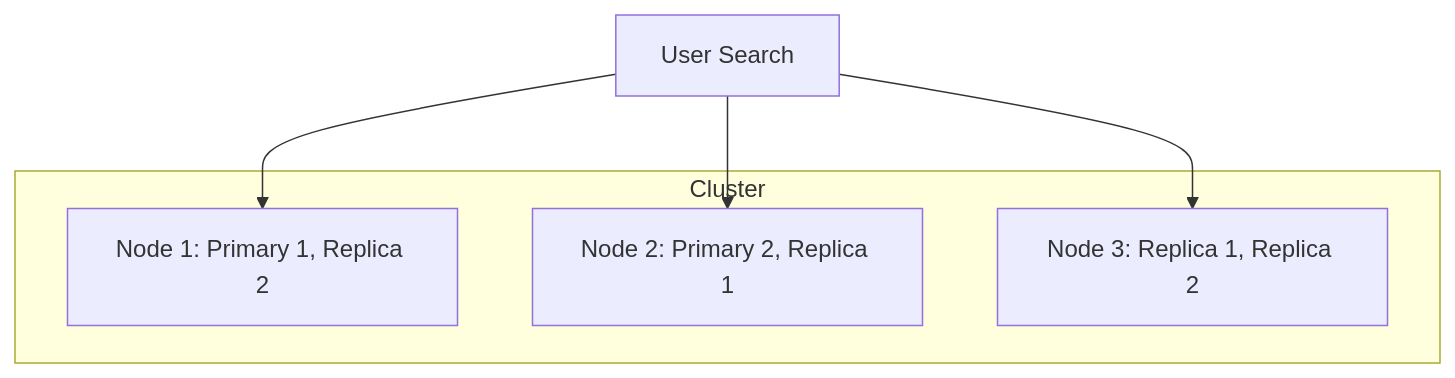
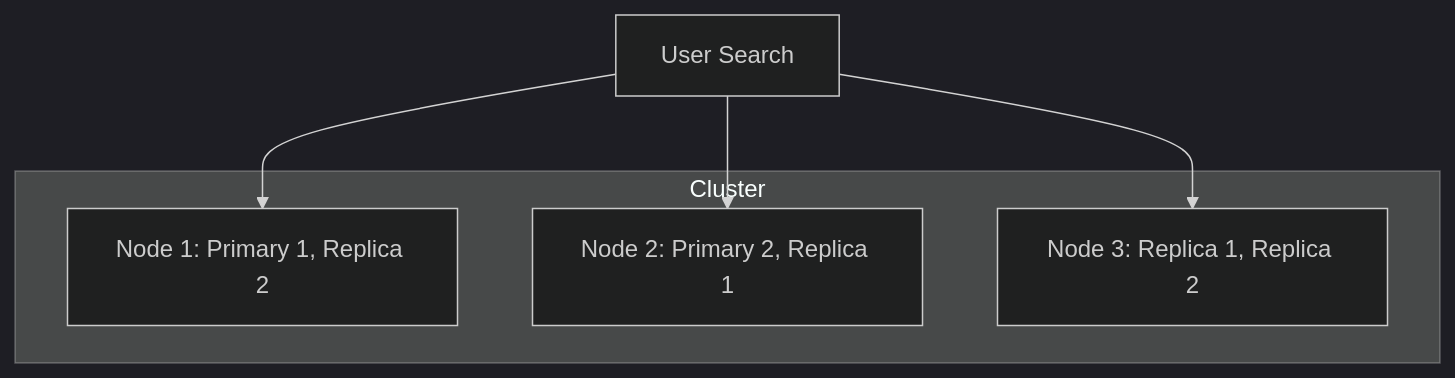
The diagram in documentation/04_Elasticsearch_Storage.md (d-hackmt/ELK-STACK-DEMO), drawn with Mermaid before and after one commit. The commit also changed 7 other files, not shown here.

Commit message:
Enhance Mermaid diagram visibility and finalize documentation

````diff
--- a/documentation/04_Elasticsearch_Storage.md
+++ b/documentation/04_Elasticsearch_Storage.md
@@ -24,11 +24,12 @@
 ```mermaid
+%%{init: {'theme': 'dark', 'themeVariables': { 'primaryColor': '#00f2ff' }}}%%
 graph TD
     subgraph Cluster
     Node1[Node 1: Primary 1, Replica 2]
     Node2[Node 2: Primary 2, Replica 1]
     Node3[Node 3: Replica 1, Replica 2]
     end
     Query[User Search] --> Node1
     Query --> Node2
     Query --> Node3
 ```
````
